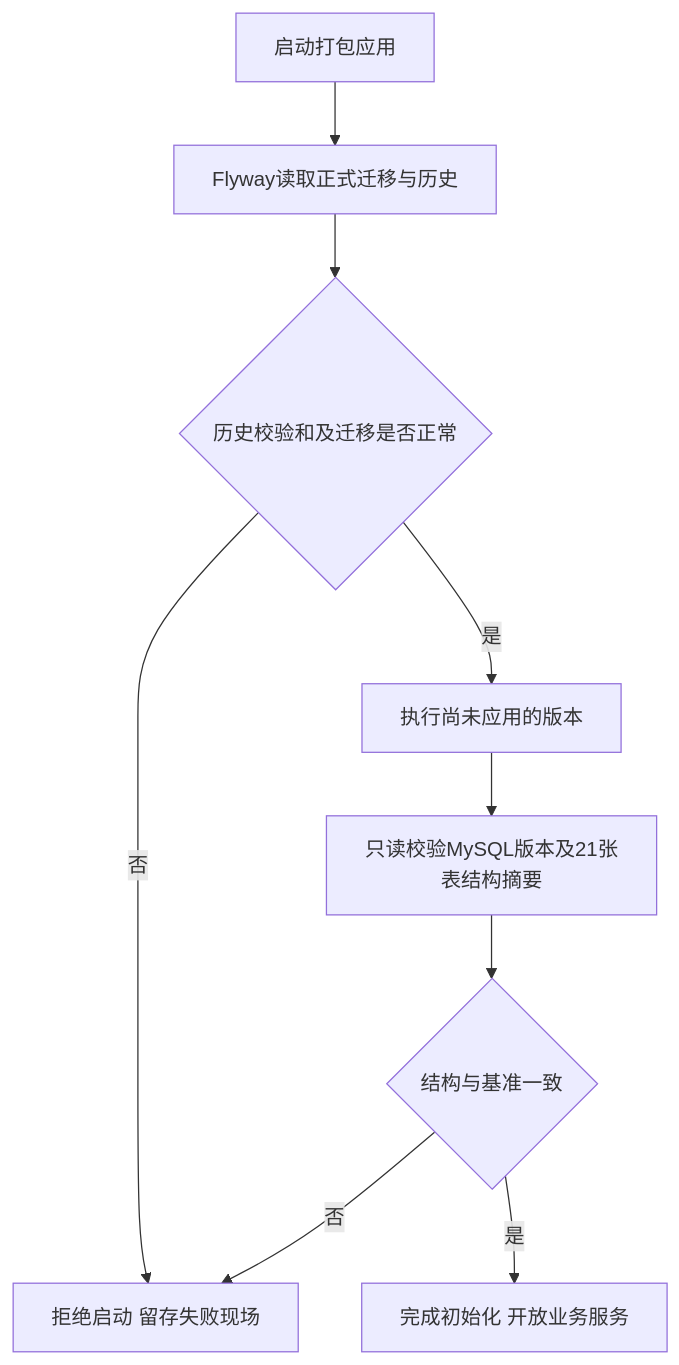
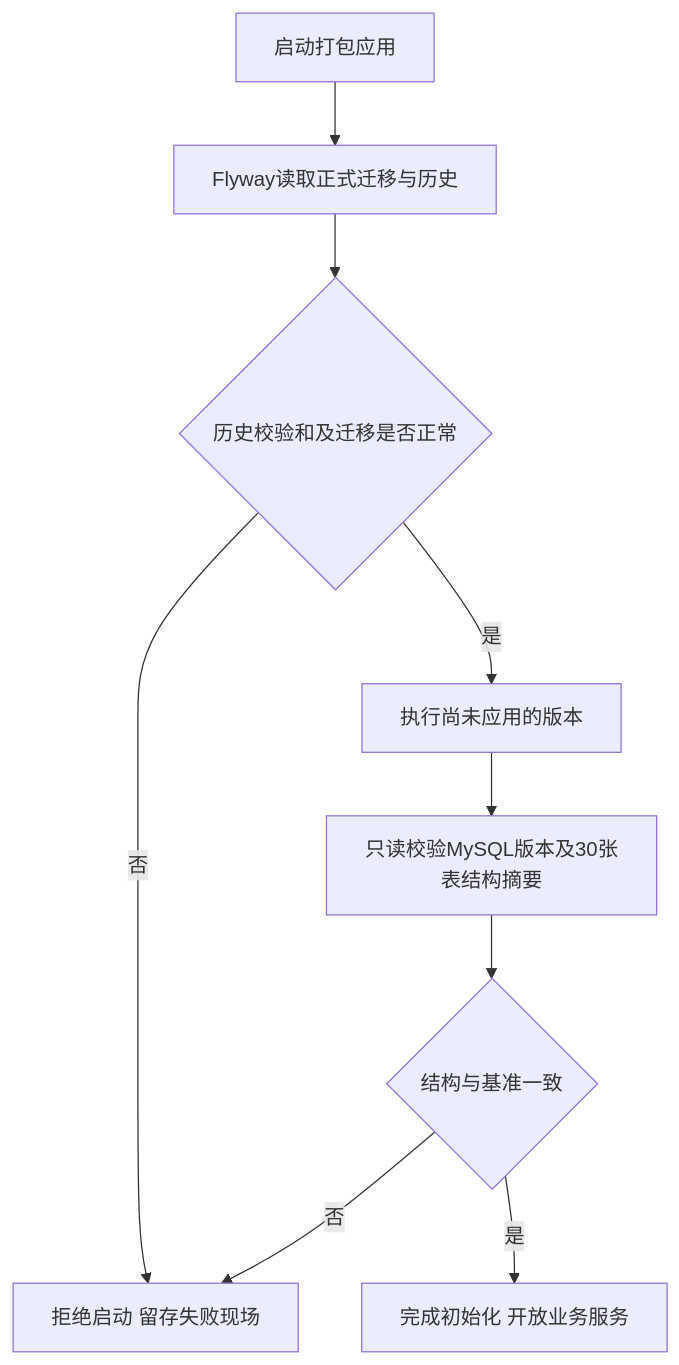
The second of 2 diagrams in docs/handbook/04-integration-operations.md (PunjabLee/OMS_AR), drawn with Mermaid before and after one commit. The commit also changed other lines of this file and 5 other files, not shown here.

Commit message:
docs(ar): align migration and handbook references to the V020 schema

````diff
--- a/docs/handbook/04-integration-operations.md
+++ b/docs/handbook/04-integration-operations.md
@@ -299,11 +299,11 @@
 ```mermaid
 flowchart TD
     J[启动打包应用] --> F[Flyway读取正式迁移与历史]
     F --> H{历史校验和及迁移是否正常}
     H -->|否| STOP[拒绝启动 留存失败现场]
     H -->|是| M[执行尚未应用的版本]
-    M --> C[只读校验MySQL版本及21张表结构摘要]
+    M --> C[只读校验MySQL版本及30张表结构摘要]
     C --> V{结构与基准一致}
     V -->|否| STOP
     V -->|是| READY[完成初始化 开放业务服务]
 ```
````
